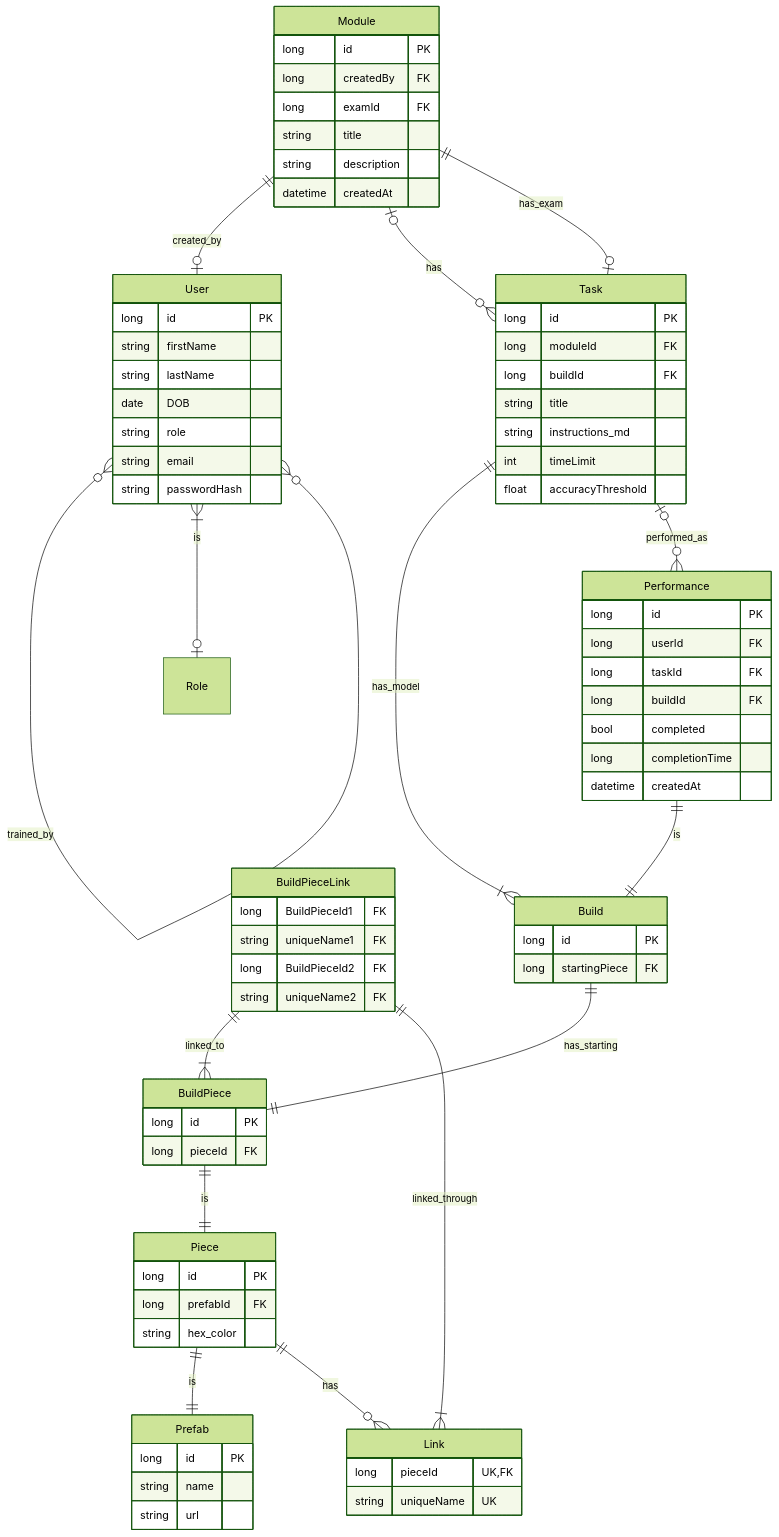
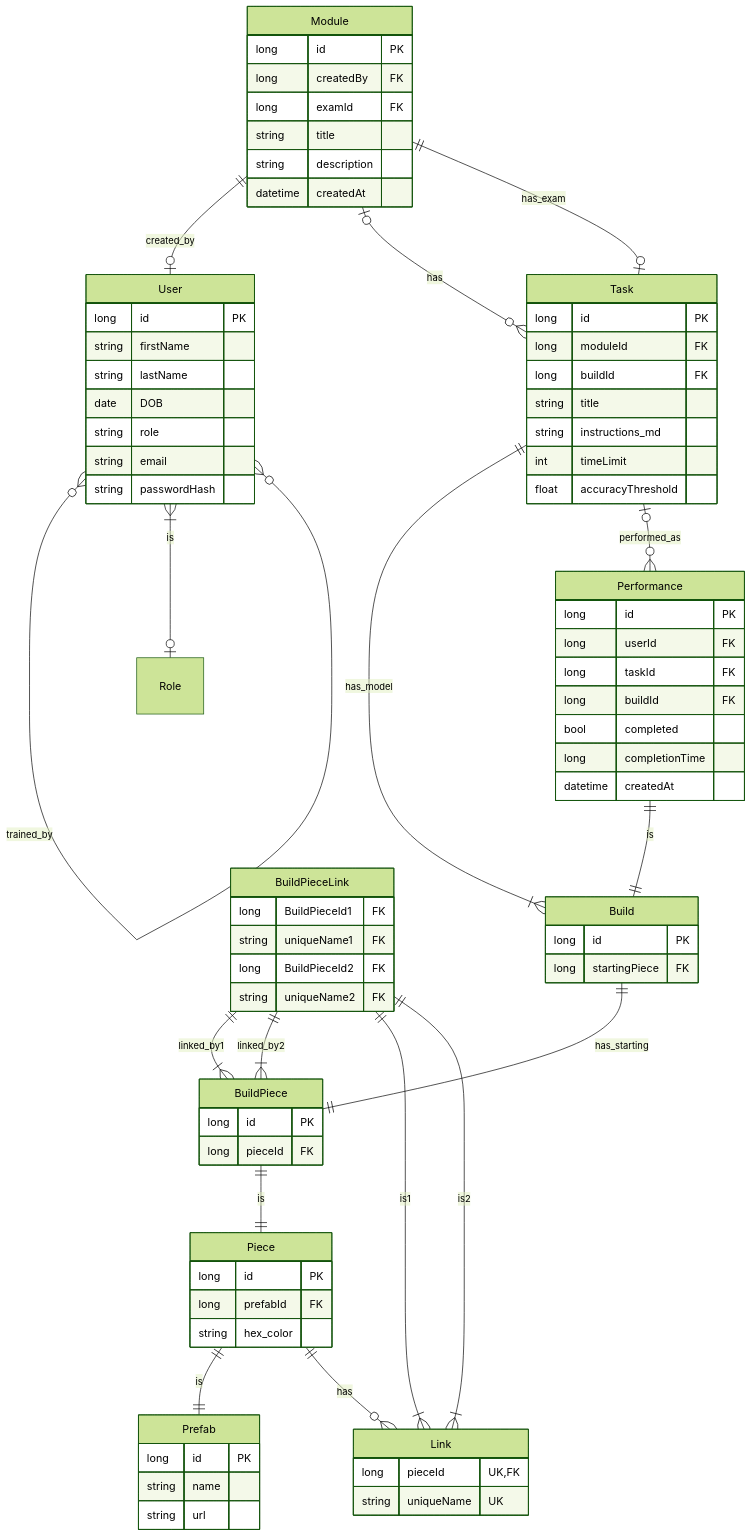
The diagram in docs/erd.md (ali-hy/the-learning-lens), drawn with Mermaid (forest theme) before and after one commit. The commit also changed 114 other files, not shown here.

```diff
--- a/docs/erd.md
+++ b/docs/erd.md
@@ -67,8 +67,10 @@
     long BuildPieceId2 FK
     string uniqueName2 FK
   }
-  BuildPieceLink ||--|{ BuildPiece: linked_to
-  BuildPieceLink ||--|{ Link: linked_through
+  BuildPieceLink ||--|{ BuildPiece: linked_by1
+  BuildPieceLink ||--|{ BuildPiece: linked_by2
+  BuildPieceLink ||--|{ Link: is1
+  BuildPieceLink ||--|{ Link: is2
 
   Piece {
     long id PK
```
